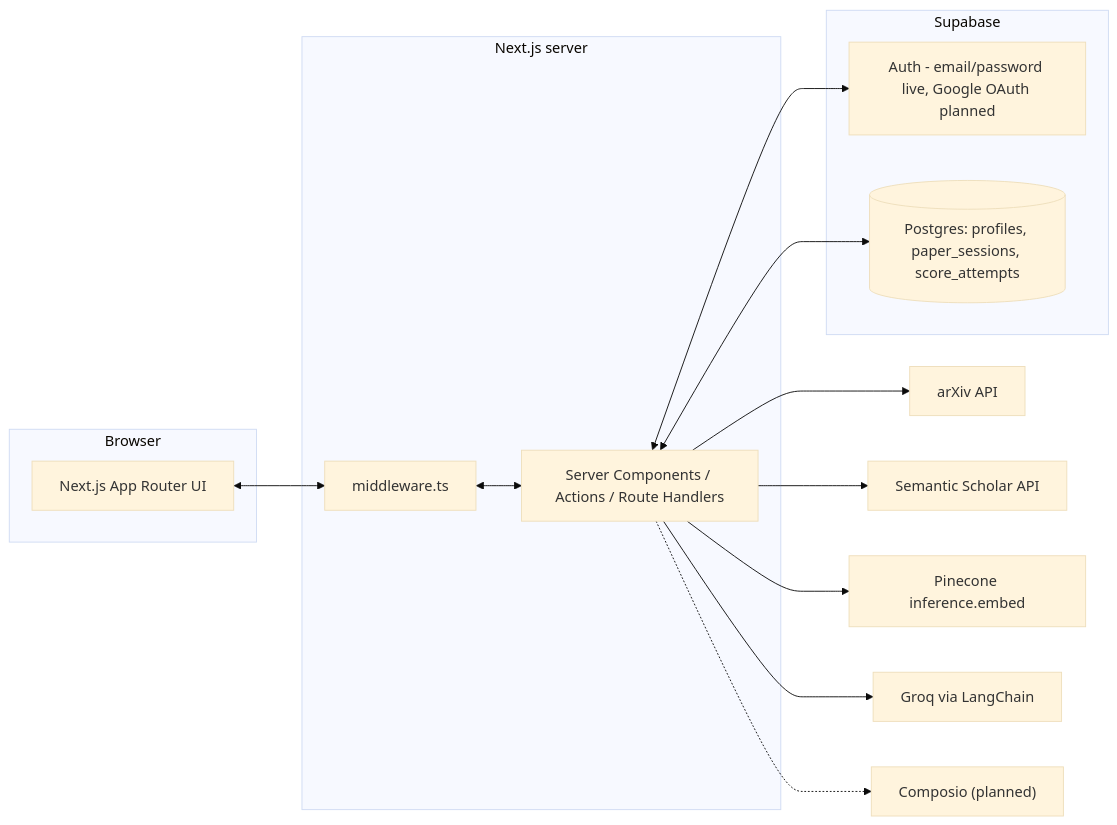
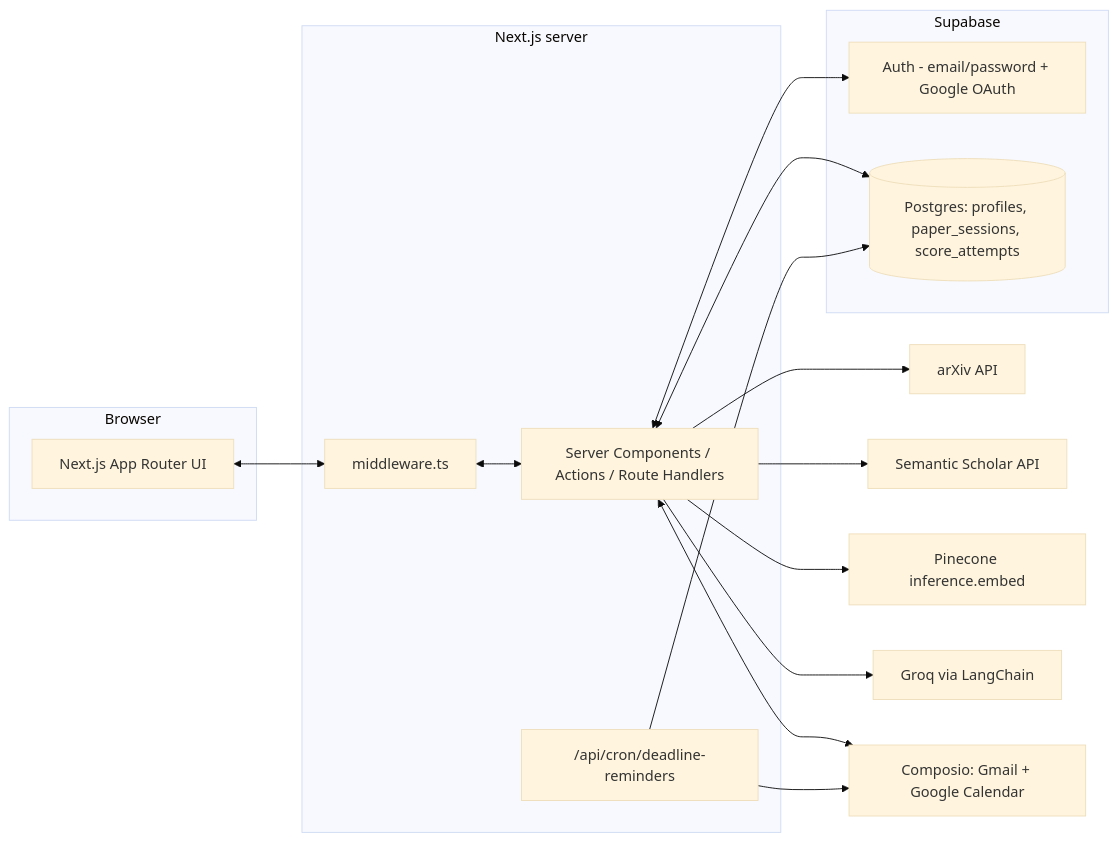
Before and after one commit to nabighasafdar/ScholarPath: the first of 2 diagrams in ARCHITECTURE.md, drawn with Mermaid (base theme). The commit also changed other lines of this file and 3 other files, not shown here.

````diff
--- a/ARCHITECTURE.md
+++ b/ARCHITECTURE.md
@@ -7,32 +7,35 @@
 ```mermaid
 flowchart LR
     subgraph Browser
         UI[Next.js App Router UI]
     end
 
     subgraph VercelNode["Next.js server"]
         MW[middleware.ts]
         RSC[Server Components / Actions / Route Handlers]
+        Cron["/api/cron/deadline-reminders"]
     end
 
     subgraph Supabase
-        Auth[Auth - email/password live, Google OAuth planned]
+        Auth[Auth - email/password + Google OAuth]
         PG[(Postgres: profiles, paper_sessions, score_attempts)]
     end
 
     Arxiv[arXiv API]
     S2[Semantic Scholar API]
     PineconeEmbed[Pinecone inference.embed]
     Groq[Groq via LangChain]
-    Composio["Composio (planned)"]
+    Composio[Composio: Gmail + Google Calendar]
 
     UI <--> MW
     MW <--> RSC
     RSC <--> Auth
     RSC <--> PG
     RSC --> Arxiv
     RSC --> S2
     RSC --> PineconeEmbed
     RSC --> Groq
-    RSC -.-> Composio
+    RSC <--> Composio
+    Cron --> PG
+    Cron --> Composio
 ```
````
